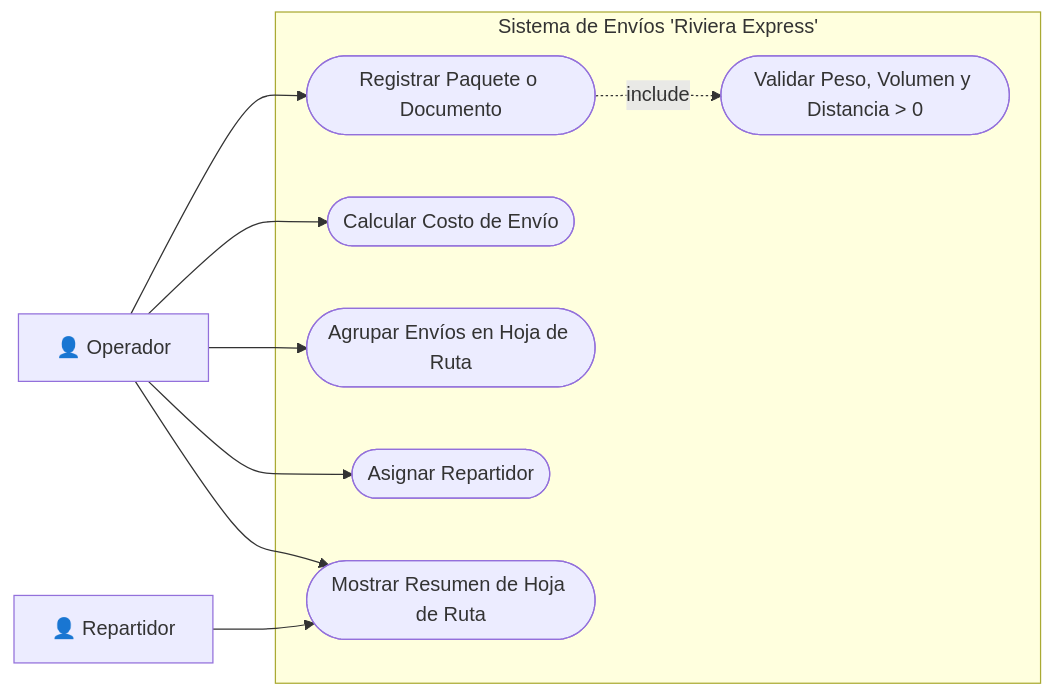
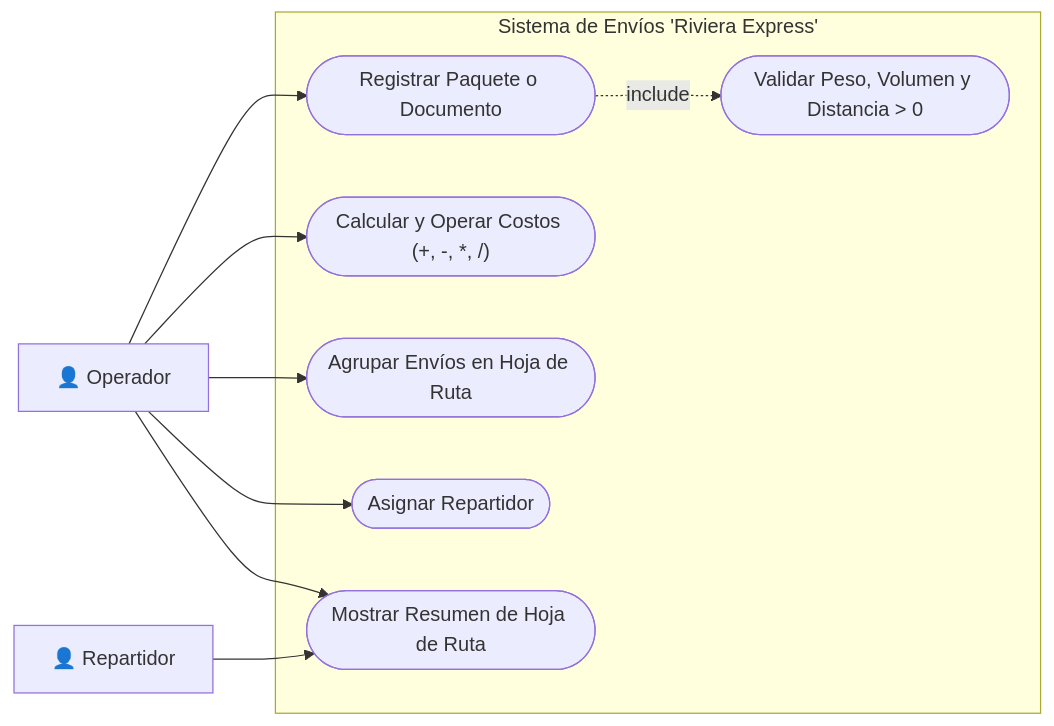
Before and after one commit to A-Catzin/DESARROLLO-Y-PROGRAMACI-N-ORIENTADO-A-OBJETOS-27-1: the first of 2 diagrams in proyecto/documentos/Analisis_y_Diseno_Riviera_Express.md, drawn with Mermaid. The commit also changed other lines of this file and 12 other files, not shown here.

````diff
--- a/proyecto/documentos/Analisis_y_Diseno_Riviera_Express.md
+++ b/proyecto/documentos/Analisis_y_Diseno_Riviera_Express.md
@@ -25,23 +25,23 @@
 ```mermaid
 flowchart LR
     Operador["👤 Operador"]
     RepartidorActor["👤 Repartidor"]
 
     subgraph Sistema["Sistema de Envíos 'Riviera Express'"]
         UC1(["Registrar Paquete o Documento"])
         UC2(["Validar Peso, Volumen y Distancia > 0"])
-        UC3(["Calcular Costo de Envío"])
+        UC3(["Calcular y Operar Costos (+, -, *, /)"])
         UC4(["Agrupar Envíos en Hoja de Ruta"])
         UC5(["Asignar Repartidor"])
         UC6(["Mostrar Resumen de Hoja de Ruta"])
     end
 
     Operador --> UC1
     Operador --> UC3
     Operador --> UC4
     Operador --> UC5
     Operador --> UC6
     RepartidorActor --> UC6
 
     UC1 -. "include" .-> UC2
 ```
````
